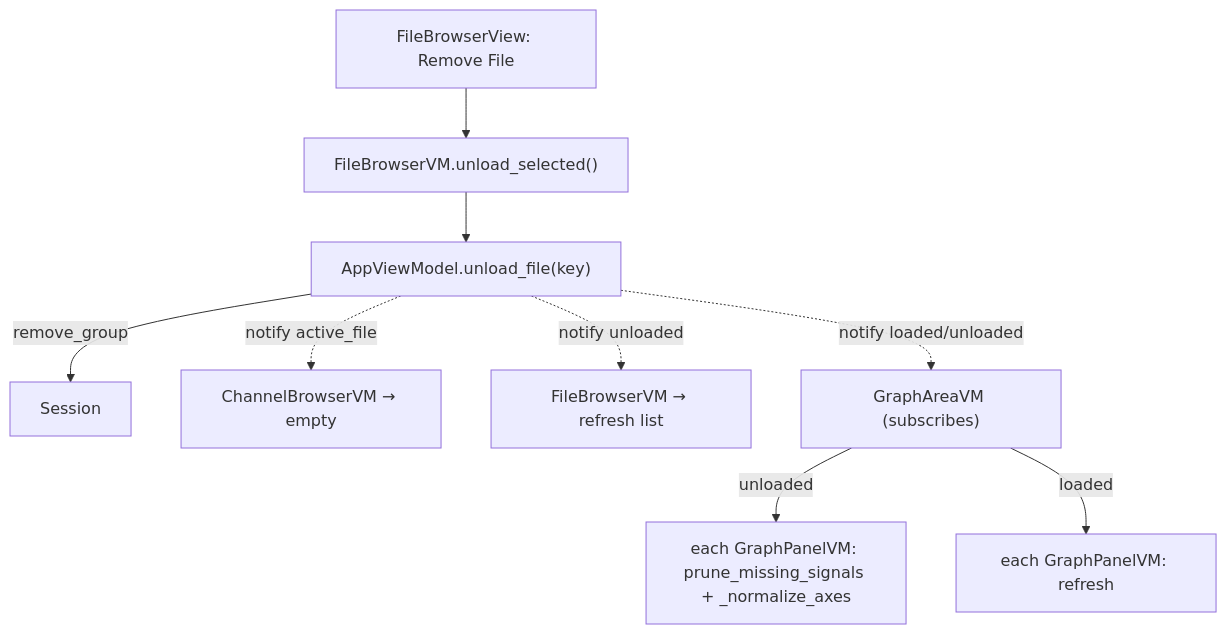
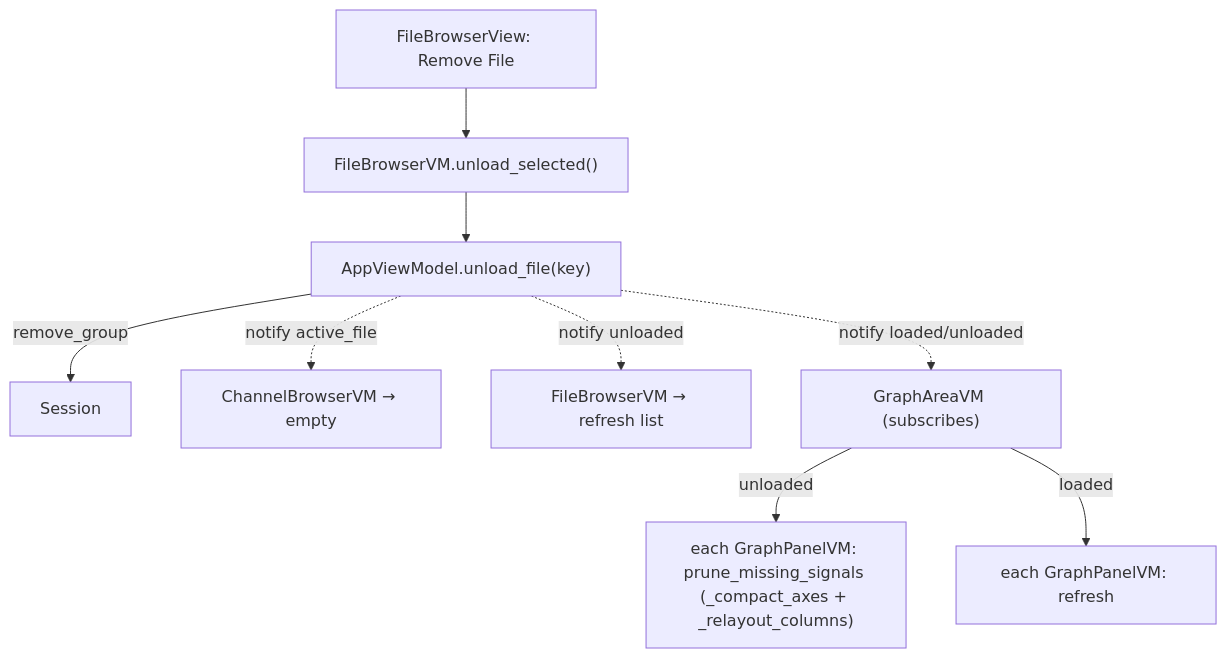
The second of 2 diagrams in .kiro/specs/valisync-gui-file-browser/design.md (tsuru0413/valisync), drawn with Mermaid before and after one commit. The commit also changed other lines of this file and 2 other files, not shown here.

First line of the commit message:
chore(gui): 最終レビュー後始末 — _normalize_axes stale 参照解消 + realgui 診断改善

````diff
--- a/.kiro/specs/valisync-gui-file-browser/design.md
+++ b/.kiro/specs/valisync-gui-file-browser/design.md
@@ -169,11 +171,11 @@
 ```mermaid
 graph TD
     CtxMenu["FileBrowserView: Remove File"] --> FBVM["FileBrowserVM.unload_selected()"]
     FBVM --> AppVM["AppViewModel.unload_file(key)"]
     AppVM -->|remove_group| Session[Session]
     AppVM -. notify active_file .-> CBVM[ChannelBrowserVM → empty]
     AppVM -. notify unloaded .-> FBVM2[FileBrowserVM → refresh list]
     AppVM -. notify loaded/unloaded .-> GAVM["GraphAreaVM (subscribes)"]
-    GAVM -->|unloaded| GPVM["each GraphPanelVM: prune_missing_signals + _normalize_axes"]
+    GAVM -->|unloaded| GPVM["each GraphPanelVM: prune_missing_signals (_compact_axes + _relayout_columns)"]
     GAVM -->|loaded| GPVM2["each GraphPanelVM: refresh"]
 ```
````
